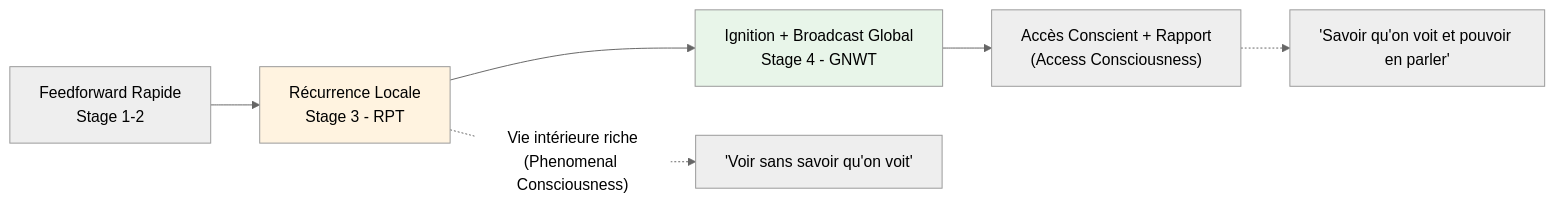
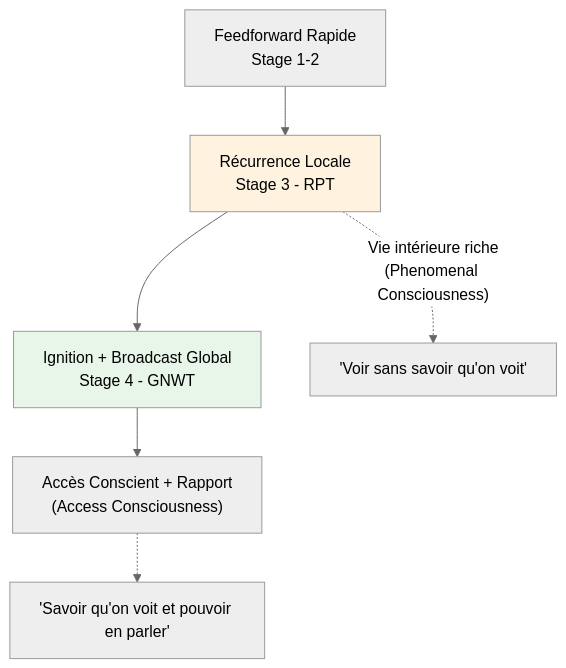
One commit to AlainCo/GNWT-Garrigue-X changed the second of 7 diagrams in concepts/concepts.md. Above: the diagram before and after it, drawn with Mermaid (neutral theme).

Commit message:
improve flowchart

````diff
--- a/concepts/concepts.md
+++ b/concepts/concepts.md
@@ -58,14 +58,14 @@
 ```mermaid
-flowchart LR
+flowchart TD
     A[Feedforward Rapide<br>Stage 1-2] --> B[Récurrence Locale<br>Stage 3 - RPT]
     B --> C[Ignition + Broadcast Global<br>Stage 4 - GNWT]
 
     B -.->|"Vie intérieure riche<br>(Phenomenal Consciousness)"| D["'Voir sans savoir qu'on voit'"]
     C --> E["Accès Conscient + Rapport<br>(Access Consciousness)"]
     E -.-> F["'Savoir qu'on voit et pouvoir en parler'"]
 
     classDef rpt fill:#fff3e0
     classDef gnwt fill:#e8f5e9
     class B rpt
     class C gnwt
 ```
````
